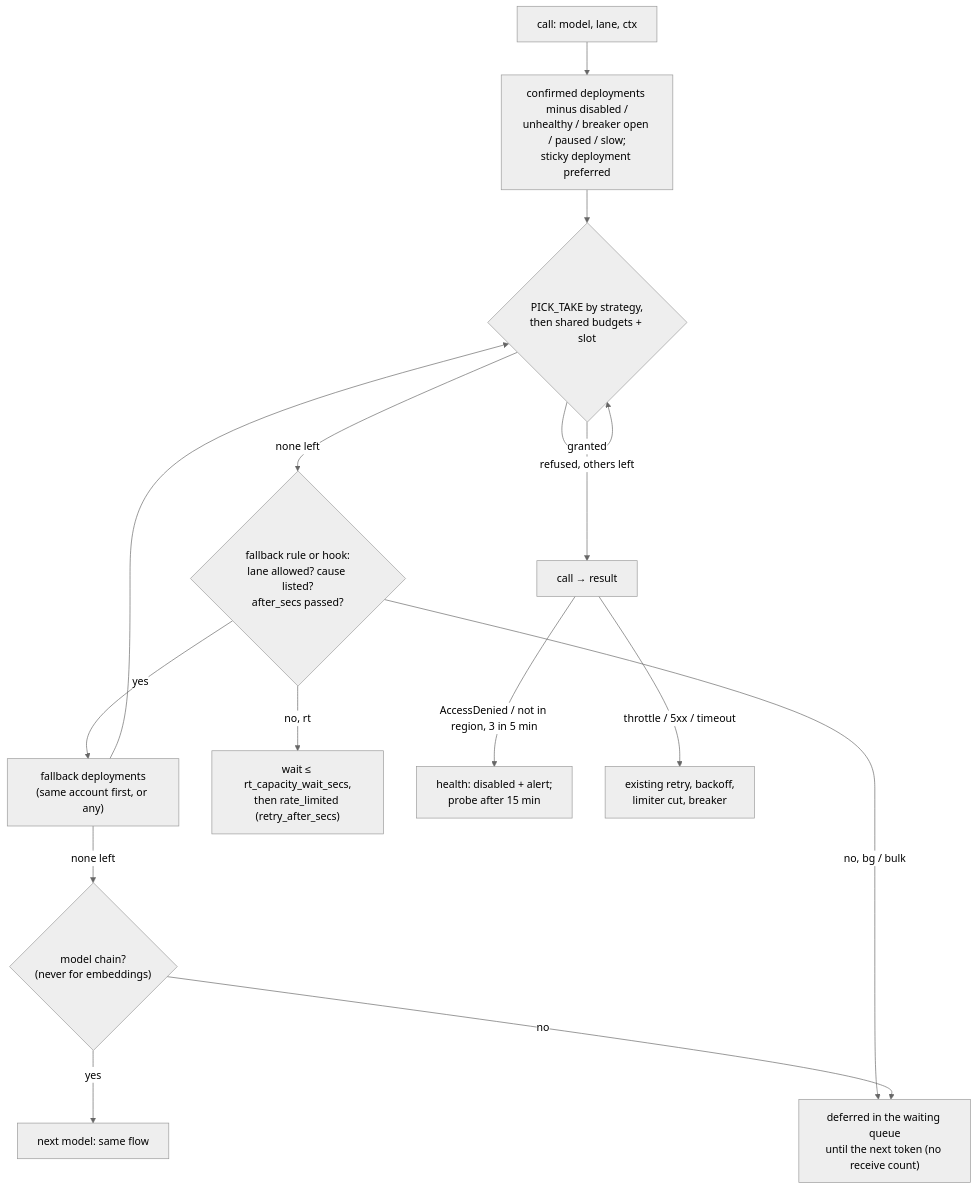
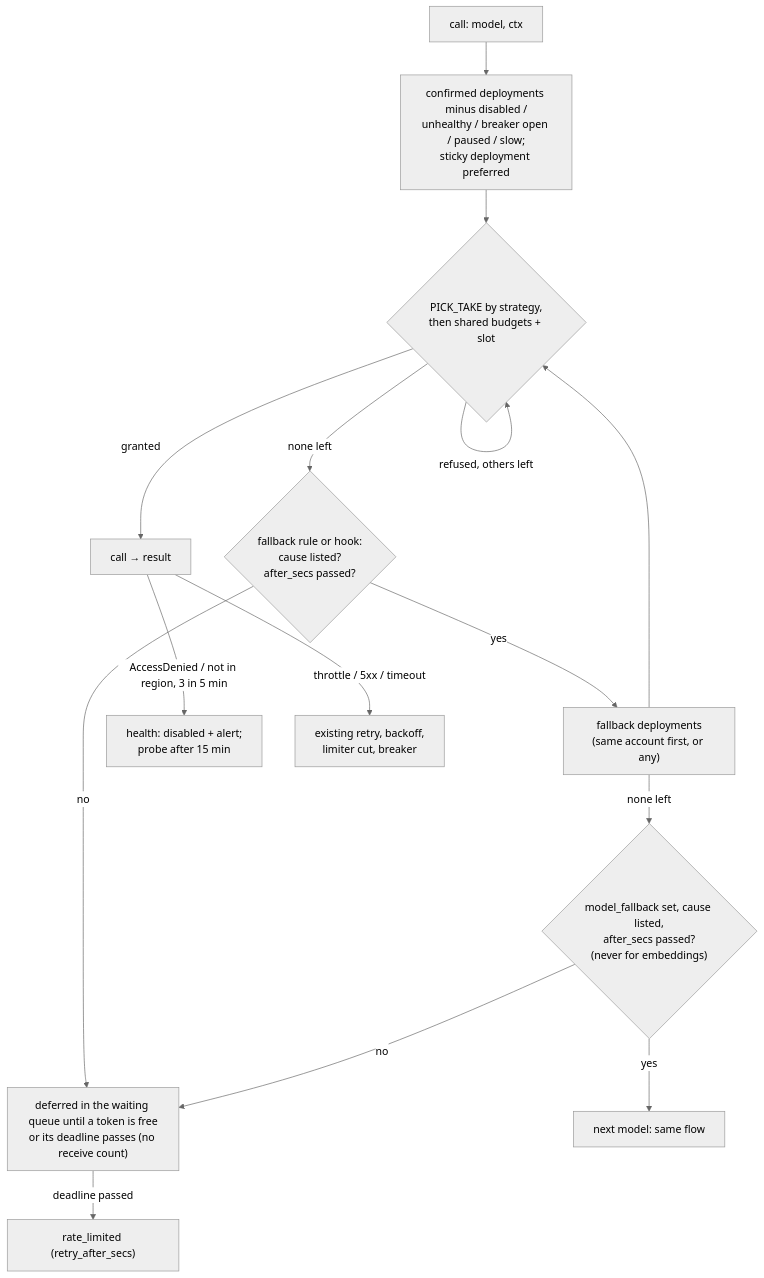
One commit to techiewonk/taskiq-llm-queue changed the sixth of 9 diagrams in docs/ACCOUNT_ROUTING_PLAN.md. Above: the diagram before and after it, drawn with Mermaid (neutral theme). The commit also changed other lines of this file, not shown here.

First line of the commit message:
Plan: one config document, no lanes, optional model fallback

````diff
--- a/docs/ACCOUNT_ROUTING_PLAN.md
+++ b/docs/ACCOUNT_ROUTING_PLAN.md
@@ -475,16 +505,16 @@
 ```mermaid
 flowchart TD
-  S[call: model, lane, ctx] --> C["confirmed deployments minus disabled /<br/>unhealthy / breaker open / paused / slow;<br/>sticky deployment preferred"]
+  S[call: model, ctx] --> C["confirmed deployments minus disabled /<br/>unhealthy / breaker open / paused / slow;<br/>sticky deployment preferred"]
   C --> TRY{"PICK_TAKE by strategy,<br/>then shared budgets + slot"}
   TRY -->|granted| RUN["call → result"]
   TRY -->|"refused, others left"| TRY
-  TRY -->|none left| FR{"fallback rule or hook:<br/>lane allowed? cause listed?<br/>after_secs passed?"}
+  TRY -->|none left| FR{"fallback rule or hook:<br/>cause listed?<br/>after_secs passed?"}
   FR -->|yes| FB["fallback deployments<br/>(same account first, or any)"] --> TRY
-  FR -->|"no, bg / bulk"| RQ["deferred in the waiting queue<br/>until the next token (no receive count)"]
-  FR -->|"no, rt"| WAIT["wait ≤ rt_capacity_wait_secs,<br/>then rate_limited (retry_after_secs)"]
-  FB -->|none left| CH{"model chain?<br/>(never for embeddings)"}
+  FR -->|no| RQ["deferred in the waiting queue until a token is free<br/>or its deadline passes (no receive count)"]
+  RQ -->|deadline passed| RL["rate_limited (retry_after_secs)"]
+  FB -->|none left| CH{"model_fallback set, cause listed,<br/>after_secs passed?<br/>(never for embeddings)"}
   CH -->|yes| S2["next model: same flow"]
   CH -->|no| RQ
   RUN -->|"AccessDenied / not in region, 3 in 5 min"| DIS["health: disabled + alert;<br/>probe after 15 min"]
   RUN -->|"throttle / 5xx / timeout"| RETRY["existing retry, backoff,<br/>limiter cut, breaker"]
 ```
````
